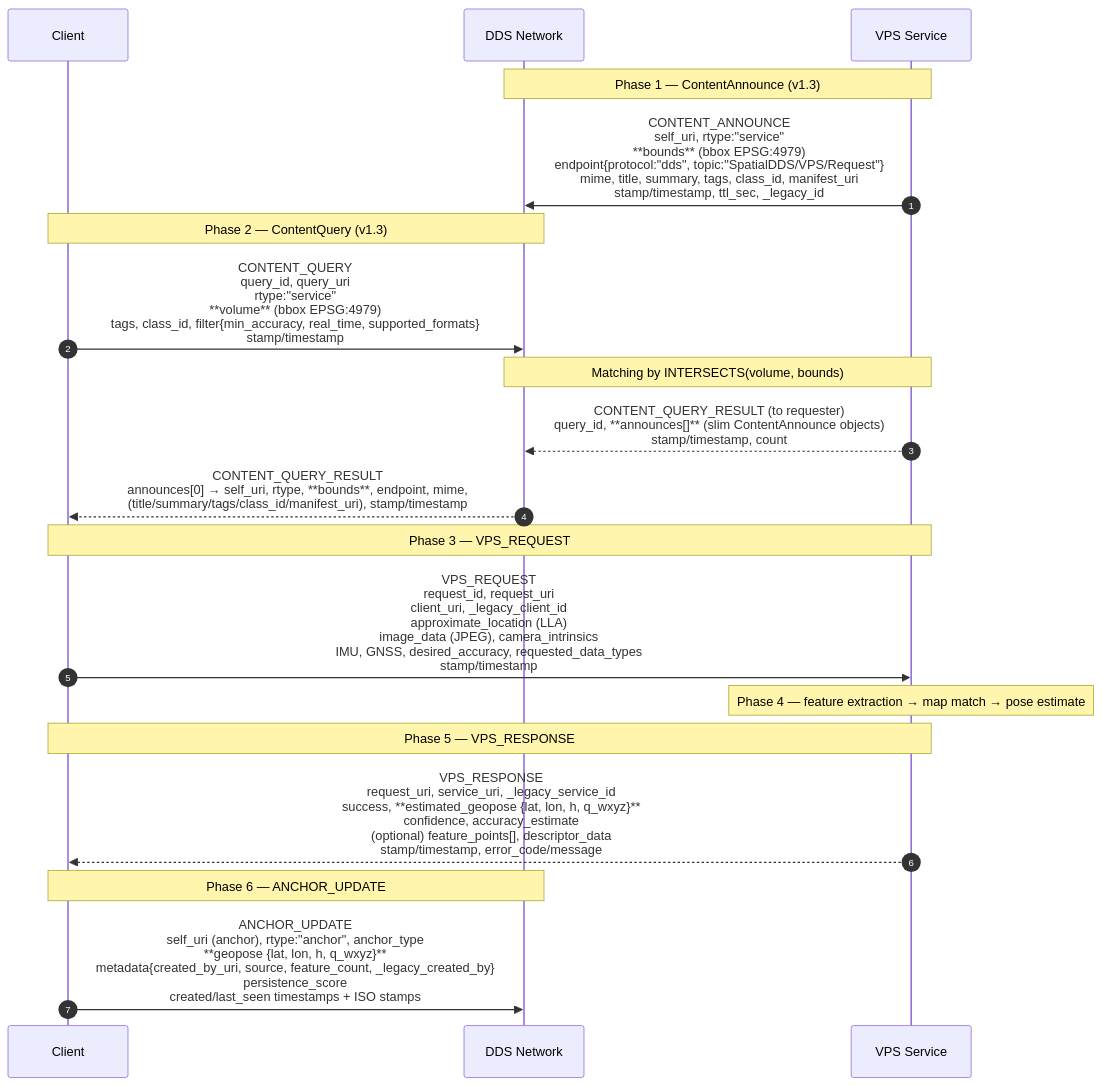
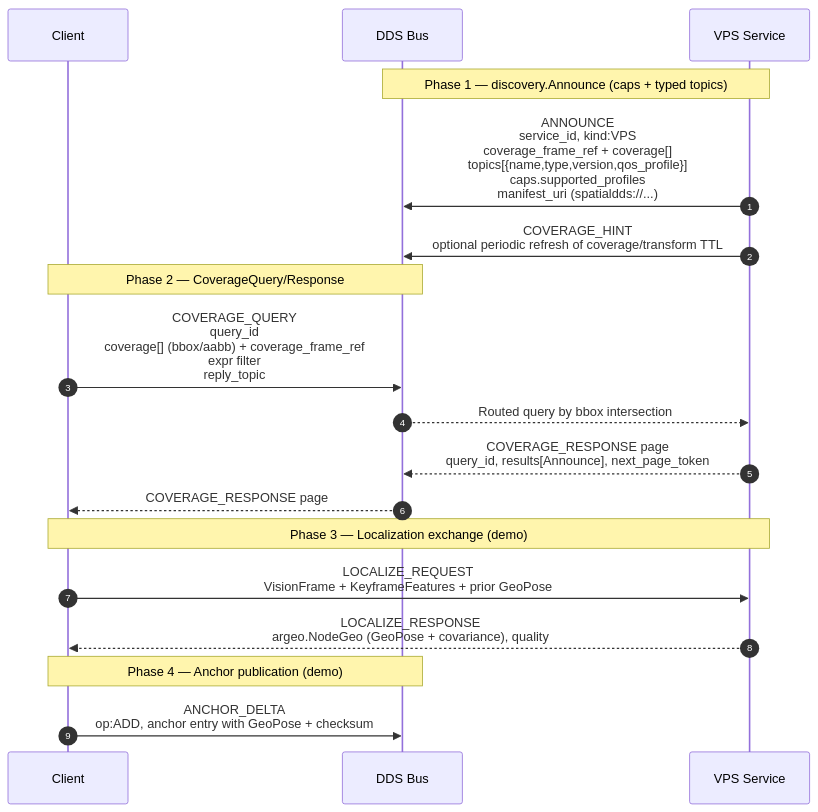
Before and after one commit to OpenArCloud/SpatialDDS-demo: the diagram in README.md, drawn with Mermaid. The commit also changed other lines of this file and 28 other files, not shown here.

Commit message:
Update SpatialDDS demo to v1.4 spec and refresh Docker/tests

````diff
--- a/README.md
+++ b/README.md
@@ -19,33 +15,24 @@
 ```mermaid
 sequenceDiagram
     autonumber
     participant Client
-    participant DDS as DDS Network
+    participant DDS as DDS Bus
     participant VPS as VPS Service
 
-    %% Phase 1 — Service announcement
-    Note over VPS,DDS: Phase 1 — ContentAnnounce (v1.3)
-    VPS->>DDS: CONTENT_ANNOUNCE<br/>self_uri, rtype:"service"<br/>**bounds** (bbox EPSG:4979)<br/>endpoint{protocol:"dds", topic:"SpatialDDS/VPS/Request"}<br/>mime, title, summary, tags, class_id, manifest_uri<br/>stamp/timestamp, ttl_sec, _legacy_id
+    Note over VPS,DDS: Phase 1 — discovery.Announce (caps + typed topics)
+    VPS->>DDS: ANNOUNCE<br/>service_id, kind:VPS<br/>coverage_frame_ref + coverage[]<br/>topics[{name,type,version,qos_profile}]<br/>caps.supported_profiles<br/>manifest_uri (spatialdds://...)
+    VPS->>DDS: COVERAGE_HINT<br/>optional periodic refresh of coverage/transform TTL
 
-    %% Phase 2 — Discovery query → result (wrapper with announces[])
-    Note over Client,DDS: Phase 2 — ContentQuery (v1.3)
-    Client->>DDS: CONTENT_QUERY<br/>query_id, query_uri<br/>rtype:"service"<br/>**volume** (bbox EPSG:4979)<br/>tags, class_id, filter{min_accuracy, real_time, supported_formats}<br/>stamp/timestamp
-    Note over DDS,VPS: Matching by INTERSECTS(volume, bounds)
-    VPS-->>DDS: CONTENT_QUERY_RESULT (to requester)<br/>query_id, **announces[]** (slim ContentAnnounce objects)<br/>stamp/timestamp, count
-    DDS-->>Client: CONTENT_QUERY_RESULT<br/>announces[0] → self_uri, rtype, **bounds**, endpoint, mime,<br/>(title/summary/tags/class_id/manifest_uri), stamp/timestamp
+    Note over Client,DDS: Phase 2 — CoverageQuery/Response
+    Client->>DDS: COVERAGE_QUERY<br/>query_id<br/>coverage[] (bbox/aabb) + coverage_frame_ref<br/>expr filter<br/>reply_topic
+    DDS-->>VPS: Routed query by bbox intersection
+    VPS-->>DDS: COVERAGE_RESPONSE page<br/>query_id, results[Announce], next_page_token
+    DDS-->>Client: COVERAGE_RESPONSE page
 
-    %% Phase 3 — Service request (VPS API)
-    Note over Client,VPS: Phase 3 — VPS_REQUEST
-    Client->>VPS: VPS_REQUEST<br/>request_id, request_uri<br/>client_uri, _legacy_client_id<br/>approximate_location (LLA)<br/>image_data (JPEG), camera_intrinsics<br/>IMU, GNSS, desired_accuracy, requested_data_types<br/>stamp/timestamp
+    Note over Client,VPS: Phase 3 — Localization exchange (demo)
+    Client->>VPS: LOCALIZE_REQUEST<br/>VisionFrame + KeyframeFeatures + prior GeoPose
+    VPS-->>Client: LOCALIZE_RESPONSE<br/>argeo.NodeGeo (GeoPose + covariance), quality
 
-    %% Phase 4 — Processing
-    Note over VPS: Phase 4 — feature extraction → map match → pose estimate
-
-    %% Phase 5 — Service response with GeoPose
-    Note over VPS,Client: Phase 5 — VPS_RESPONSE
-    VPS-->>Client: VPS_RESPONSE<br/>request_uri, service_uri, _legacy_service_id<br/>success, **estimated_geopose {lat, lon, h, q_wxyz}**<br/>confidence, accuracy_estimate<br/>(optional) feature_points[], descriptor_data<br/>stamp/timestamp, error_code/message
-
-    %% Phase 6 — Anchor update to DDS
-    Note over Client,DDS: Phase 6 — ANCHOR_UPDATE
-    Client->>DDS: ANCHOR_UPDATE<br/>self_uri (anchor), rtype:"anchor", anchor_type<br/>**geopose {lat, lon, h, q_wxyz}**<br/>metadata{created_by_uri, source, feature_count, _legacy_created_by}<br/>persistence_score<br/>created/last_seen timestamps + ISO stamps
+    Note over Client,DDS: Phase 4 — Anchor publication (demo)
+    Client->>DDS: ANCHOR_DELTA<br/>op:ADD, anchor entry with GeoPose + checksum
 ```
````
